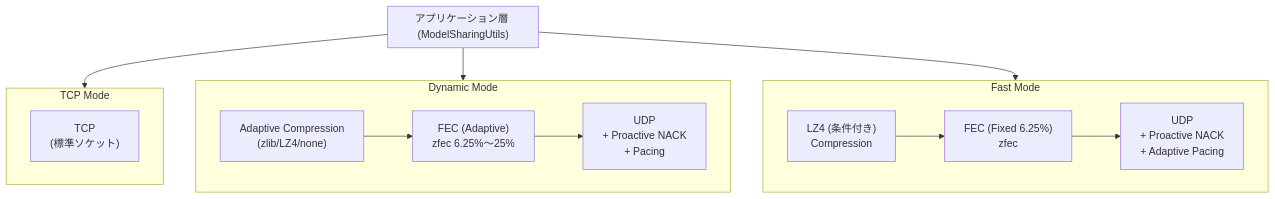
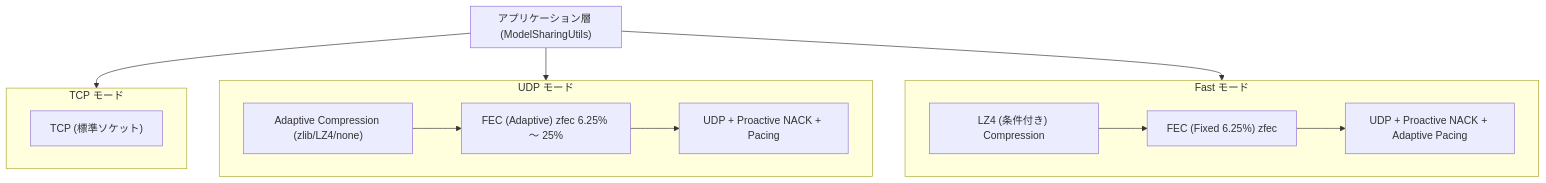
One commit to jo2lxq/wafl changed the first of 5 diagrams in WAFL-Testbed/docs/protocol.md. Above: the diagram before and after it, drawn with Mermaid. The commit also changed other lines of this file and 19 other files, not shown here.

````diff
--- a/WAFL-Testbed/docs/protocol.md
+++ b/WAFL-Testbed/docs/protocol.md
@@ -15,28 +15,28 @@
 ```mermaid
 flowchart TB
     subgraph App["アプリケーション層 (ModelSharingUtils)"]
         direction LR
     end
     
-    subgraph TCP["TCP Mode"]
-        tcp_socket["TCP<br/>(標準ソケット)"]
+    subgraph TCP["TCP モード"]
+        tcp_socket["TCP (標準ソケット)"]
     end
     
-    subgraph Dynamic["Dynamic Mode"]
-        comp_d["Adaptive Compression<br/>(zlib/LZ4/none)"]
-        fec_d["FEC (Adaptive)<br/>zfec 6.25%〜25%"]
-        udp_d["UDP<br/>+ Proactive NACK<br/>+ Pacing"]
+    subgraph UDP["UDP モード"]
+        comp_d["Adaptive Compression (zlib/LZ4/none)"]
+        fec_d["FEC (Adaptive) zfec 6.25% 〜 25%"]
+        udp_d["UDP + Proactive NACK + Pacing"]
         comp_d --> fec_d --> udp_d
     end
     
-    subgraph Fast["Fast Mode"]
-        comp_f["LZ4 (条件付き)<br/>Compression"]
-        fec_f["FEC (Fixed 6.25%)<br/>zfec"]
-        udp_f["UDP<br/>+ Proactive NACK<br/>+ Adaptive Pacing"]
+    subgraph Fast["Fast モード"]
+        comp_f["LZ4 (条件付き) Compression"]
+        fec_f["FEC (Fixed 6.25%) zfec"]
+        udp_f["UDP + Proactive NACK + Adaptive Pacing"]
         comp_f --> fec_f --> udp_f
     end
     
     App --> TCP
-    App --> Dynamic
+    App --> UDP
     App --> Fast
 ```
````
